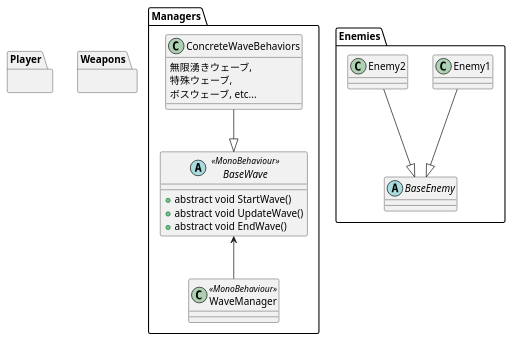
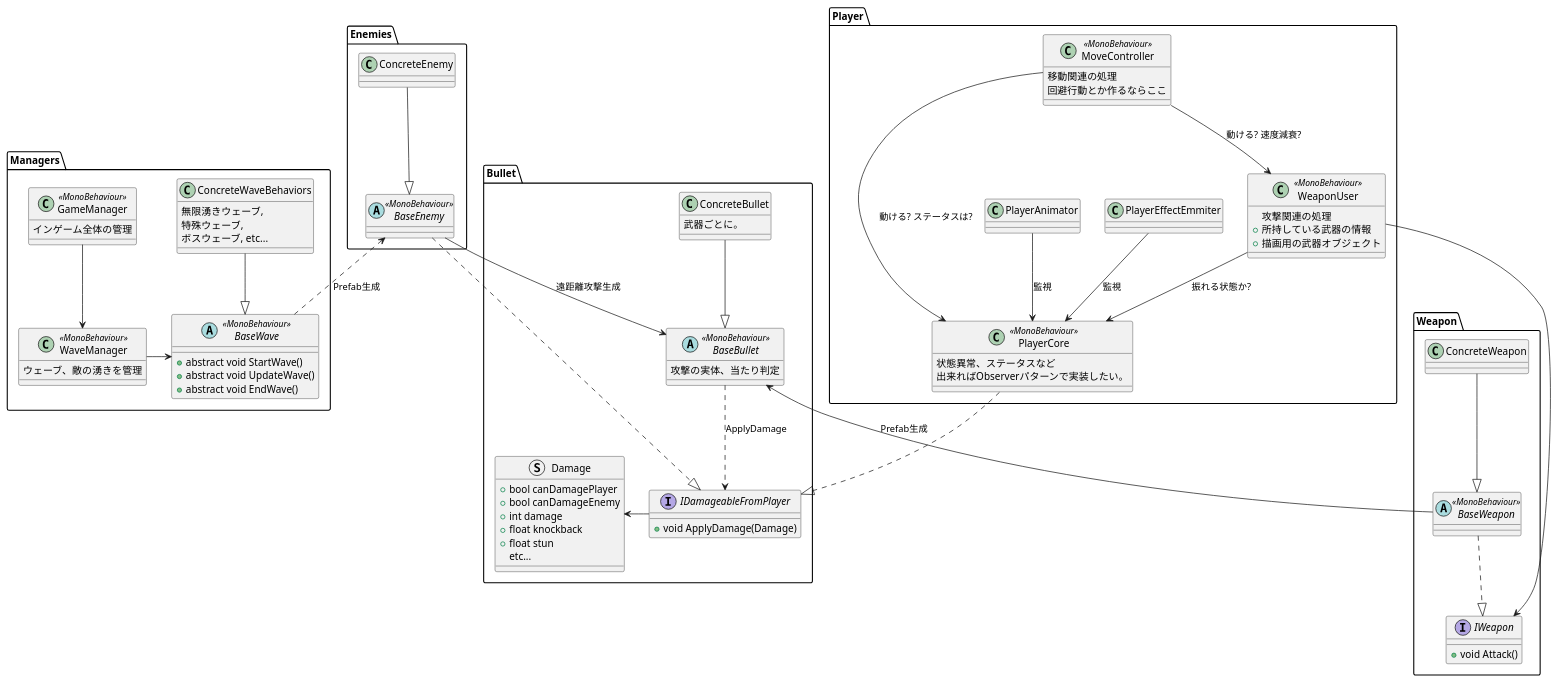
One commit to Okuyama-CGP/team_2024_b changed the diagram in Assets/Okuyama/class.pu. Above: the diagram before and after it, drawn with PlantUML.

Commit message:
クラス設計 一旦終了
PlantUMLでクラス図を纏めた。
不足は多いと思われる。

```diff
--- a/Assets/Okuyama/class.pu
+++ b/Assets/Okuyama/class.pu
@@ -1,33 +1,114 @@
 namespace Managers{
+    class GameManager<<MonoBehaviour>>{
+        インゲーム全体の管理
+    }
+    GameManager --> WaveManager
+
+    class WaveManager<<MonoBehaviour>>{
+        ウェーブ、敵の湧きを管理
+    }
+    WaveManager --r> BaseWave
+
     abstract class BaseWave<<MonoBehaviour>>{
         + abstract void StartWave()
         + abstract void UpdateWave()
         + abstract void EndWave()
     }
     
     class ConcreteWaveBehaviors{
         無限湧きウェーブ,
         特殊ウェーブ,
         ボスウェーブ, etc...
     }
     ConcreteWaveBehaviors --d|> BaseWave
 
-    class WaveManager<<MonoBehaviour>>
-    WaveManager --u> BaseWave
 }
 
 namespace Player{
+    class PlayerCore<<MonoBehaviour>>{
+        状態異常、ステータスなど
+        出来ればObserverパターンで実装したい。
+    }
+
+    class WeaponUser<<MonoBehaviour>>{
+        攻撃関連の処理
+        + 所持している武器の情報
+        + 描画用の武器オブジェクト
+    }
+    WeaponUser --> PlayerCore : 振れる状態か?
+
+
+    class MoveController<<MonoBehaviour>>{
+        移動関連の処理
+        回避行動とか作るならここ
+    }
+    MoveController --> PlayerCore : 動ける? ステータスは?
+    MoveController --> WeaponUser : 動ける? 速度減衰?
+
+    
+    PlayerEffectEmmiter --> PlayerCore : 監視
+    PlayerAnimator --> PlayerCore : 監視
+
 
 }
 
-namespace Weapons{
+namespace Weapon{
+    interface IWeapon{
+        + void Attack()
+    }
+    WeaponUser --> IWeapon
+
+    abstract BaseWeapon<<MonoBehaviour>>
+    BaseWeapon ..|> IWeapon
+
+    class ConcreteWeapon
+    ConcreteWeapon --|> BaseWeapon
 
 }
 
+namespace Bullet{
+    abstract BaseBullet<<MonoBehaviour>>{
+        攻撃の実体、当たり判定
+    }
+    BaseBullet ..> IDamageableFromPlayer : ApplyDamage
+    BaseBullet <-- BaseWeapon : Prefab生成
+
+    class ConcreteBullet{
+        武器ごとに。
+    }
+    ConcreteBullet --|> BaseBullet
+
+    interface IDamageableFromPlayer{
+        + void ApplyDamage(Damage)
+    }
+
+
+    struct Damage{
+        + bool canDamagePlayer
+        + bool canDamageEnemy
+        + int damage
+        + float knockback
+        + float stun
+        etc...
+    }
+    IDamageableFromPlayer --l> Damage
+    PlayerCore ..|> IDamageableFromPlayer
+}
+
+
 namespace Enemies{
-    abstract class BaseEnemy
+    abstract class BaseEnemy<<MonoBehaviour>>
+    BaseEnemy ..|> IDamageableFromPlayer
+    BaseEnemy <.. BaseWave : Prefab生成
+    BaseEnemy --> BaseBullet : 遠距離攻撃生成
 
-    Enemy1 --d|> BaseEnemy
-    Enemy2 --d|> BaseEnemy
+    ConcreteEnemy --d|> BaseEnemy
 
 }
+
+/'namespace MapObject{
+    abstract BaseBreakableObj<<MonoBehaviour>>{
+        破壊可能オブジェクトの類
+    }
+    BaseBreakableObj ..|> IDamageableFromPlayer
+}'/
```
